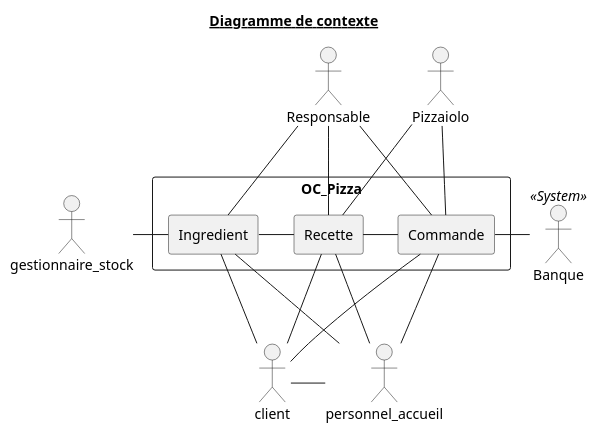
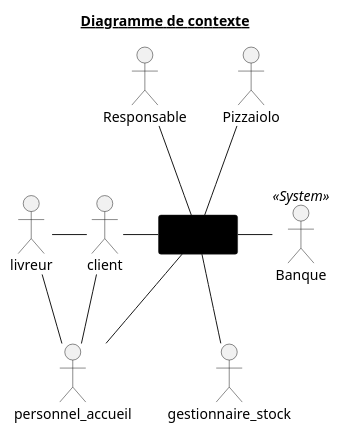
One commit to Zepmanbc/oc_dapython_pr4 changed the diagram in doc/uml/1_contextDiagram.puml. Above: the diagram before and after it, drawn with PlantUML. The commit also changed 9 other files, not shown here.

```diff
--- a/doc/uml/1_contextDiagram.puml
+++ b/doc/uml/1_contextDiagram.puml
@@ -1,52 +1,31 @@
 @startuml 1_contextDiagram
 title <u> Diagramme de contexte</u>
 ' left to right direction
 ' top to bottom direction
 
-rectangle OC_Pizza {
-    rectangle Commande AS CMD
-    rectangle Recette AS RECIPE
-    rectangle Ingredient AS ITEM
-}
+agent OC_Pizza #000000
 
 actor Responsable as RESP
 actor Pizzaiolo as PIZLO
-
+actor livreur as DELIVER
 actor Banque <<System>> as BANK
 
 actor client as CUSTOMER
 actor personnel_accueil as ACCUEIL
 
-
 actor gestionnaire_stock as GEST
 
-
-GEST -r- ITEM
-
-CMD - RECIPE
-RECIPE - ITEM
-
-RESP -- RECIPE
-RESP -- ITEM
-RESP -- CMD
-
-PIZLO -- RECIPE
-PIZLO -- CMD
+RESP -- OC_Pizza
+GEST -u- OC_Pizza
+PIZLO -- OC_Pizza
 
 
-CMD - BANK
+DELIVER - CUSTOMER
+DELIVER - ACCUEIL
+CUSTOMER - OC_Pizza
+OC_Pizza -- ACCUEIL
+CUSTOMER -- ACCUEIL
 
-
-CMD -- CUSTOMER
-CMD -- ACCUEIL
-RECIPE -- CUSTOMER
-RECIPE -- ACCUEIL
-CUSTOMER - ACCUEIL
-ITEM -- CUSTOMER
-ITEM -- ACCUEIL
-
-
-
-
+OC_Pizza - BANK
 
 @enduml
```
